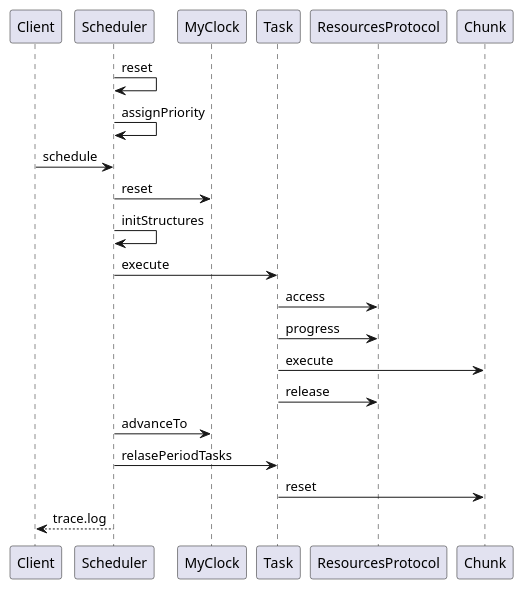
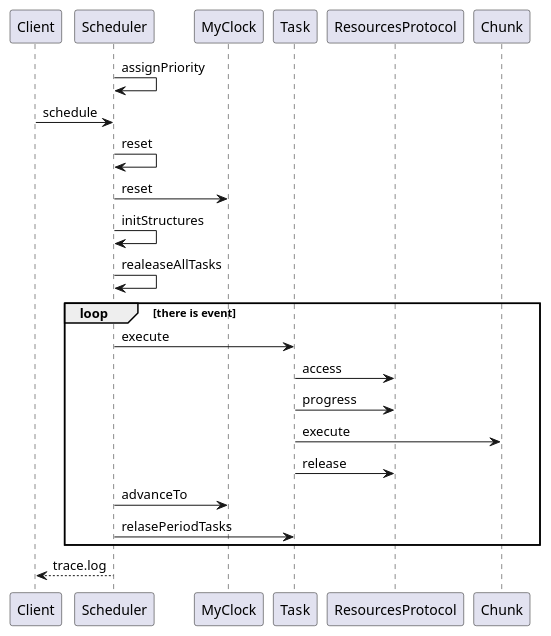
Before and after one commit to edoardosarri24/real-time-scheduling-simulator: the diagram in report/immagini/sequence diagram.puml, drawn with PlantUML. The commit also changed 20 other files, not shown here.

```diff
--- a/report/immagini/sequence diagram.puml
+++ b/report/immagini/sequence diagram.puml
@@ -1,19 +1,23 @@
-@startuml sequence diagram RM
+@startuml sequence diagram
 
 participant Client
-Scheduler -> Scheduler : reset
 Scheduler -> Scheduler : assignPriority
 Client -> Scheduler : schedule
+Scheduler -> Scheduler : reset
 Scheduler -> MyClock : reset
 Scheduler -> Scheduler : initStructures
+Scheduler -> Scheduler : realeaseAllTasks
+
+loop there is event
 Scheduler -> Task : execute
 Task -> ResourcesProtocol : access
 Task -> ResourcesProtocol : progress
 Task -> Chunk : execute
 Task -> ResourcesProtocol : release
 Scheduler -> MyClock : advanceTo
 Scheduler -> Task : relasePeriodTasks
-Task -> Chunk : reset
+end
+
 Scheduler --> Client : trace.log
 
 @enduml
```
